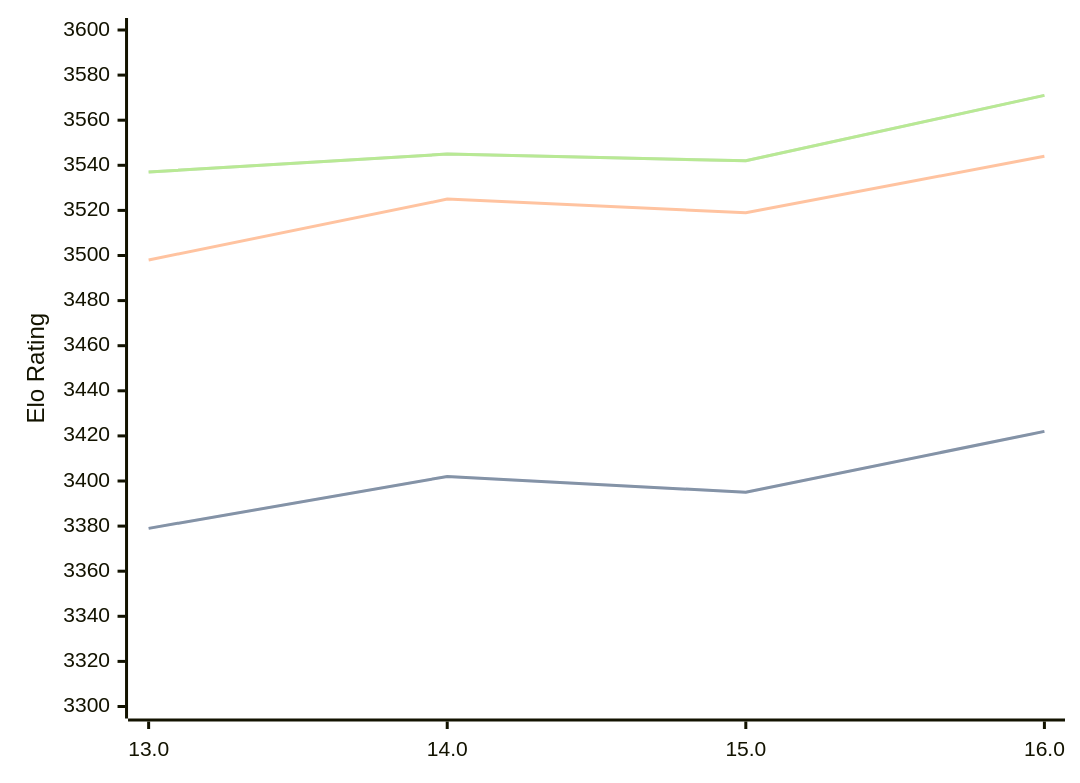
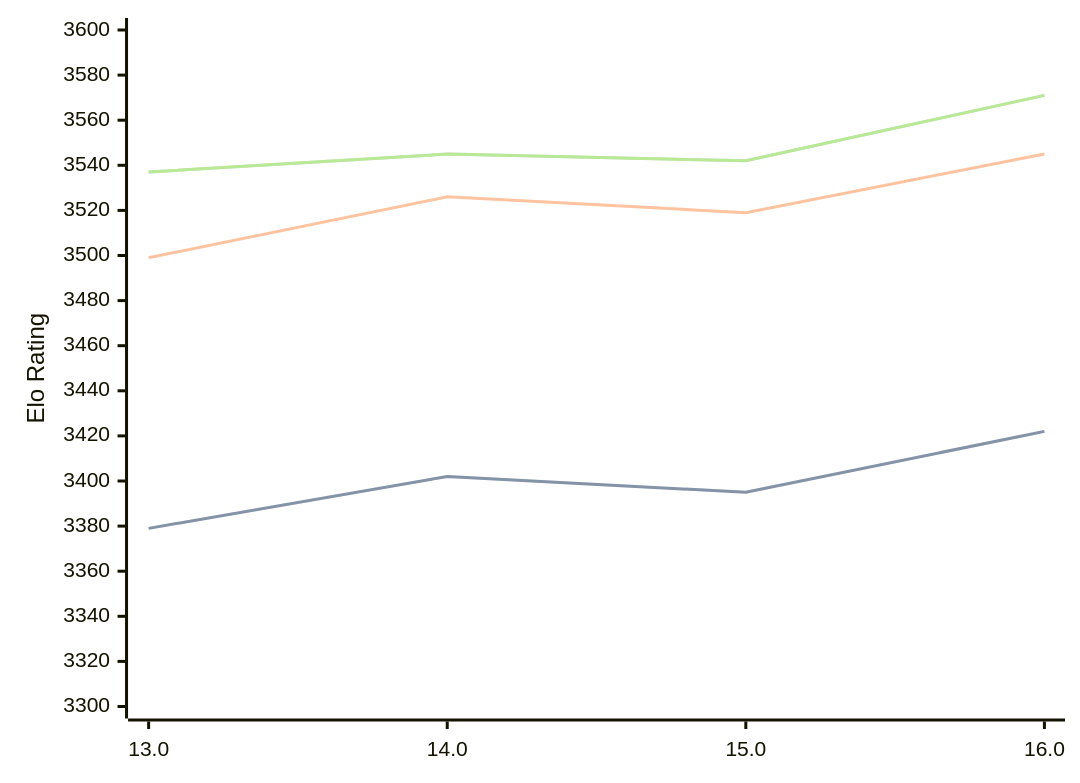
One commit to computer-chess-index/cci changed the diagram in engines/Obsidian.md. Above: the diagram before and after it, drawn with Mermaid. The commit also changed other lines of this file, not shown here.

````diff
--- a/engines/Obsidian.md
+++ b/engines/Obsidian.md
@@ -43,11 +43,11 @@
 ```mermaid
 %%{init: {"theme":"base","themeVariables":{"seriesColors:['#a3a3a3','#222221','#faa371']}}}%%
 xychart-beta
   x-axis ["13.0", "14.0", "15.0", "16.0"]
   y-axis "Elo Rating" 3300 --> 3600
   line "STC (8.0+0.08s)" [3379, 3402, 3395, 3422]
   line "STC (8.0+0.08s)" [3379, 3402, 3395, 3422]
-  line "LTC (60.0+0.60s)" [3498, 3525, 3519, 3544]
+  line "LTC (60.0+0.60s)" [3499, 3526, 3519, 3545]
   line "VLTC (2m24s+1.12s)" [3537, 3545, 3542, 3571]
   line "VLTC (2m24s+1.12s)" [3537, 3545, 3542, 3571]
 ```
````
